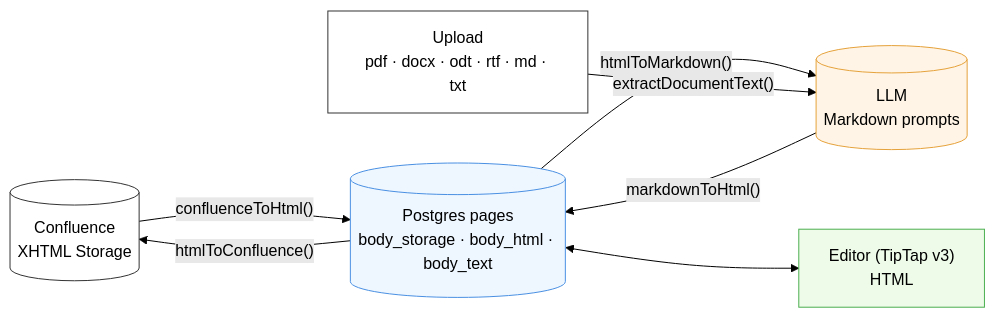
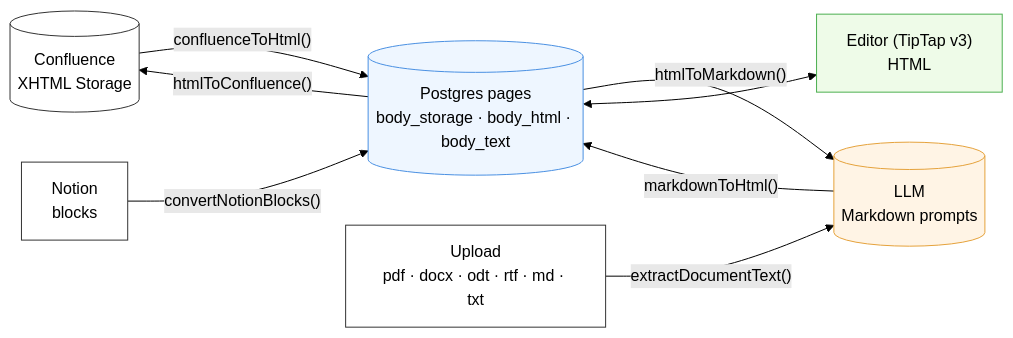
Before and after one commit to Compendiq/compendiq-ce: the first of 2 diagrams in docs/architecture/11-content-pipeline.md, drawn with Mermaid (forest theme). The commit also changed other lines of this file and 4 other files, not shown here.

First line of the commit message:
feat(knowledge): convert Notion blocks to body_html (#1464)

````diff
--- a/docs/architecture/11-content-pipeline.md
+++ b/docs/architecture/11-content-pipeline.md
@@ -19,26 +20,29 @@
 ```mermaid
 flowchart LR
     CF[("Confluence<br/>XHTML Storage")]
     DB[("Postgres pages<br/>body_storage · body_html · body_text")]
     LLM[("LLM<br/>Markdown prompts")]
     ED["Editor (TipTap v3)<br/>HTML"]
 
     UP["Upload<br/>pdf · docx · odt · rtf · md · txt"]
+    NT["Notion<br/>blocks"]
 
     CF -- "confluenceToHtml()" --> DB
     DB -- "htmlToConfluence()" --> CF
     DB -- "htmlToMarkdown()" --> LLM
     LLM -- "markdownToHtml()" --> DB
     DB <--> ED
     UP -- "extractDocumentText()" --> LLM
+    NT -- "convertNotionBlocks()" --> DB
 
     classDef ext fill:#fff,stroke:#333
     classDef data fill:#eef6ff,stroke:#4a90e2
     classDef ai fill:#fff4e5,stroke:#e5a23c
     classDef ui fill:#eefbe8,stroke:#4caf50
     class CF ext
     class UP ext
+    class NT ext
     class DB data
     class LLM ai
     class ED ui
 ```
````
